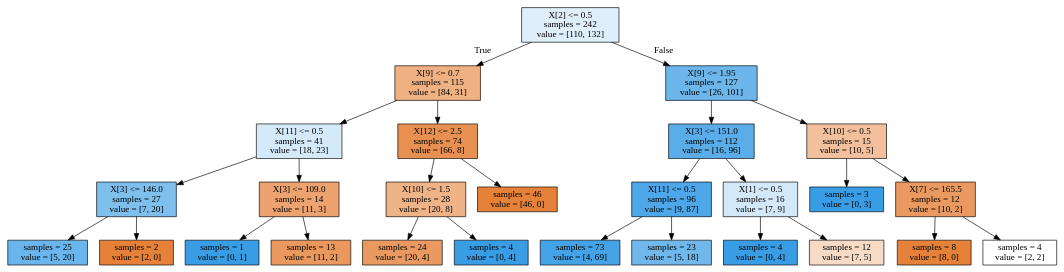
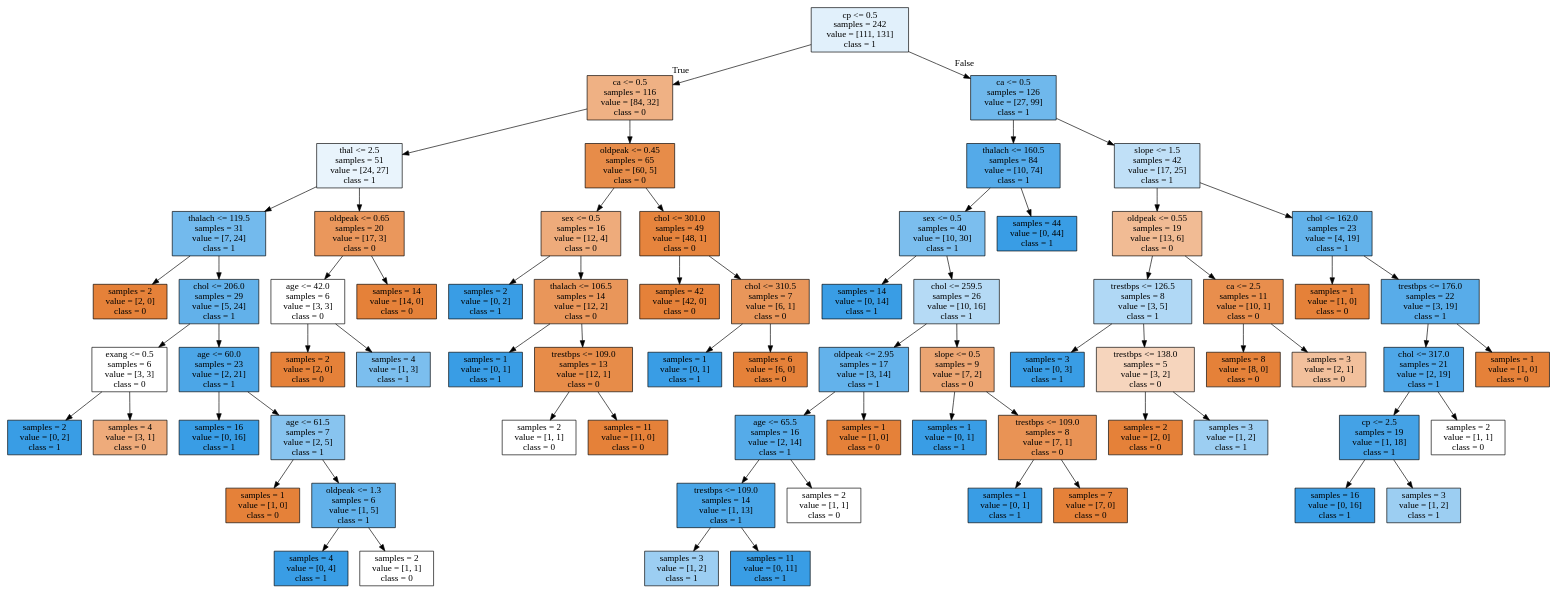
Before and after one commit to seibern/proyecto2_IA: the diagram in IA/arbol.dot, drawn with Graphviz. The commit also changed 3 other files, not shown here.

```diff
--- a/IA/arbol.dot
+++ b/IA/arbol.dot
@@ -1,56 +1,144 @@
 digraph Tree {
 node [shape=box, style="filled", color="black"] ;
-0 [label="X[2] <= 0.5\nsamples = 242\nvalue = [110, 132]", fillcolor="#deeffb"] ;
-1 [label="X[9] <= 0.7\nsamples = 115\nvalue = [84, 31]", fillcolor="#efb082"] ;
+0 [label="cp <= 0.5\nsamples = 242\nvalue = [111, 131]\nclass = 1", fillcolor="#e1f0fb"] ;
+1 [label="ca <= 0.5\nsamples = 116\nvalue = [84, 32]\nclass = 0", fillcolor="#efb184"] ;
 0 -> 1 [labeldistance=2.5, labelangle=45, headlabel="True"] ;
-2 [label="X[11] <= 0.5\nsamples = 41\nvalue = [18, 23]", fillcolor="#d4eaf9"] ;
+2 [label="thal <= 2.5\nsamples = 51\nvalue = [24, 27]\nclass = 1", fillcolor="#e9f4fc"] ;
 1 -> 2 ;
-3 [label="X[3] <= 146.0\nsamples = 27\nvalue = [7, 20]", fillcolor="#7ebfee"] ;
+3 [label="thalach <= 119.5\nsamples = 31\nvalue = [7, 24]\nclass = 1", fillcolor="#73baed"] ;
 2 -> 3 ;
-4 [label="samples = 25\nvalue = [5, 20]", fillcolor="#6ab6ec"] ;
+4 [label="samples = 2\nvalue = [2, 0]\nclass = 0", fillcolor="#e58139"] ;
 3 -> 4 ;
-5 [label="samples = 2\nvalue = [2, 0]", fillcolor="#e58139"] ;
+5 [label="chol <= 206.0\nsamples = 29\nvalue = [5, 24]\nclass = 1", fillcolor="#62b1ea"] ;
 3 -> 5 ;
-6 [label="X[3] <= 109.0\nsamples = 14\nvalue = [11, 3]", fillcolor="#eca36f"] ;
-2 -> 6 ;
-7 [label="samples = 1\nvalue = [0, 1]", fillcolor="#399de5"] ;
+6 [label="exang <= 0.5\nsamples = 6\nvalue = [3, 3]\nclass = 0", fillcolor="#ffffff"] ;
+5 -> 6 ;
+7 [label="samples = 2\nvalue = [0, 2]\nclass = 1", fillcolor="#399de5"] ;
 6 -> 7 ;
-8 [label="samples = 13\nvalue = [11, 2]", fillcolor="#ea985d"] ;
+8 [label="samples = 4\nvalue = [3, 1]\nclass = 0", fillcolor="#eeab7b"] ;
 6 -> 8 ;
-9 [label="X[12] <= 2.5\nsamples = 74\nvalue = [66, 8]", fillcolor="#e89051"] ;
-1 -> 9 ;
-10 [label="X[10] <= 1.5\nsamples = 28\nvalue = [20, 8]", fillcolor="#efb388"] ;
+9 [label="age <= 60.0\nsamples = 23\nvalue = [2, 21]\nclass = 1", fillcolor="#4ca6e7"] ;
+5 -> 9 ;
+10 [label="samples = 16\nvalue = [0, 16]\nclass = 1", fillcolor="#399de5"] ;
 9 -> 10 ;
-11 [label="samples = 24\nvalue = [20, 4]", fillcolor="#ea9a61"] ;
-10 -> 11 ;
-12 [label="samples = 4\nvalue = [0, 4]", fillcolor="#399de5"] ;
-10 -> 12 ;
-13 [label="samples = 46\nvalue = [46, 0]", fillcolor="#e58139"] ;
-9 -> 13 ;
-14 [label="X[9] <= 1.95\nsamples = 127\nvalue = [26, 101]", fillcolor="#6cb6ec"] ;
-0 -> 14 [labeldistance=2.5, labelangle=-45, headlabel="False"] ;
-15 [label="X[3] <= 151.0\nsamples = 112\nvalue = [16, 96]", fillcolor="#5aade9"] ;
-14 -> 15 ;
-16 [label="X[11] <= 0.5\nsamples = 96\nvalue = [9, 87]", fillcolor="#4da7e8"] ;
-15 -> 16 ;
-17 [label="samples = 73\nvalue = [4, 69]", fillcolor="#44a3e7"] ;
+11 [label="age <= 61.5\nsamples = 7\nvalue = [2, 5]\nclass = 1", fillcolor="#88c4ef"] ;
+9 -> 11 ;
+12 [label="samples = 1\nvalue = [1, 0]\nclass = 0", fillcolor="#e58139"] ;
+11 -> 12 ;
+13 [label="oldpeak <= 1.3\nsamples = 6\nvalue = [1, 5]\nclass = 1", fillcolor="#61b1ea"] ;
+11 -> 13 ;
+14 [label="samples = 4\nvalue = [0, 4]\nclass = 1", fillcolor="#399de5"] ;
+13 -> 14 ;
+15 [label="samples = 2\nvalue = [1, 1]\nclass = 0", fillcolor="#ffffff"] ;
+13 -> 15 ;
+16 [label="oldpeak <= 0.65\nsamples = 20\nvalue = [17, 3]\nclass = 0", fillcolor="#ea975c"] ;
+2 -> 16 ;
+17 [label="age <= 42.0\nsamples = 6\nvalue = [3, 3]\nclass = 0", fillcolor="#ffffff"] ;
 16 -> 17 ;
-18 [label="samples = 23\nvalue = [5, 18]", fillcolor="#70b8ec"] ;
-16 -> 18 ;
-19 [label="X[1] <= 0.5\nsamples = 16\nvalue = [7, 9]", fillcolor="#d3e9f9"] ;
-15 -> 19 ;
-20 [label="samples = 4\nvalue = [0, 4]", fillcolor="#399de5"] ;
-19 -> 20 ;
-21 [label="samples = 12\nvalue = [7, 5]", fillcolor="#f8dbc6"] ;
-19 -> 21 ;
-22 [label="X[10] <= 0.5\nsamples = 15\nvalue = [10, 5]", fillcolor="#f2c09c"] ;
-14 -> 22 ;
-23 [label="samples = 3\nvalue = [0, 3]", fillcolor="#399de5"] ;
+18 [label="samples = 2\nvalue = [2, 0]\nclass = 0", fillcolor="#e58139"] ;
+17 -> 18 ;
+19 [label="samples = 4\nvalue = [1, 3]\nclass = 1", fillcolor="#7bbeee"] ;
+17 -> 19 ;
+20 [label="samples = 14\nvalue = [14, 0]\nclass = 0", fillcolor="#e58139"] ;
+16 -> 20 ;
+21 [label="oldpeak <= 0.45\nsamples = 65\nvalue = [60, 5]\nclass = 0", fillcolor="#e78c49"] ;
+1 -> 21 ;
+22 [label="sex <= 0.5\nsamples = 16\nvalue = [12, 4]\nclass = 0", fillcolor="#eeab7b"] ;
+21 -> 22 ;
+23 [label="samples = 2\nvalue = [0, 2]\nclass = 1", fillcolor="#399de5"] ;
 22 -> 23 ;
-24 [label="X[7] <= 165.5\nsamples = 12\nvalue = [10, 2]", fillcolor="#ea9a61"] ;
+24 [label="thalach <= 106.5\nsamples = 14\nvalue = [12, 2]\nclass = 0", fillcolor="#e9965a"] ;
 22 -> 24 ;
-25 [label="samples = 8\nvalue = [8, 0]", fillcolor="#e58139"] ;
+25 [label="samples = 1\nvalue = [0, 1]\nclass = 1", fillcolor="#399de5"] ;
 24 -> 25 ;
-26 [label="samples = 4\nvalue = [2, 2]", fillcolor="#ffffff"] ;
+26 [label="trestbps <= 109.0\nsamples = 13\nvalue = [12, 1]\nclass = 0", fillcolor="#e78c49"] ;
 24 -> 26 ;
+27 [label="samples = 2\nvalue = [1, 1]\nclass = 0", fillcolor="#ffffff"] ;
+26 -> 27 ;
+28 [label="samples = 11\nvalue = [11, 0]\nclass = 0", fillcolor="#e58139"] ;
+26 -> 28 ;
+29 [label="chol <= 301.0\nsamples = 49\nvalue = [48, 1]\nclass = 0", fillcolor="#e6843d"] ;
+21 -> 29 ;
+30 [label="samples = 42\nvalue = [42, 0]\nclass = 0", fillcolor="#e58139"] ;
+29 -> 30 ;
+31 [label="chol <= 310.5\nsamples = 7\nvalue = [6, 1]\nclass = 0", fillcolor="#e9965a"] ;
+29 -> 31 ;
+32 [label="samples = 1\nvalue = [0, 1]\nclass = 1", fillcolor="#399de5"] ;
+31 -> 32 ;
+33 [label="samples = 6\nvalue = [6, 0]\nclass = 0", fillcolor="#e58139"] ;
+31 -> 33 ;
+34 [label="ca <= 0.5\nsamples = 126\nvalue = [27, 99]\nclass = 1", fillcolor="#6fb8ec"] ;
+0 -> 34 [labeldistance=2.5, labelangle=-45, headlabel="False"] ;
+35 [label="thalach <= 160.5\nsamples = 84\nvalue = [10, 74]\nclass = 1", fillcolor="#54aae9"] ;
+34 -> 35 ;
+36 [label="sex <= 0.5\nsamples = 40\nvalue = [10, 30]\nclass = 1", fillcolor="#7bbeee"] ;
+35 -> 36 ;
+37 [label="samples = 14\nvalue = [0, 14]\nclass = 1", fillcolor="#399de5"] ;
+36 -> 37 ;
+38 [label="chol <= 259.5\nsamples = 26\nvalue = [10, 16]\nclass = 1", fillcolor="#b5daf5"] ;
+36 -> 38 ;
+39 [label="oldpeak <= 2.95\nsamples = 17\nvalue = [3, 14]\nclass = 1", fillcolor="#63b2eb"] ;
+38 -> 39 ;
+40 [label="age <= 65.5\nsamples = 16\nvalue = [2, 14]\nclass = 1", fillcolor="#55abe9"] ;
+39 -> 40 ;
+41 [label="trestbps <= 109.0\nsamples = 14\nvalue = [1, 13]\nclass = 1", fillcolor="#48a5e7"] ;
+40 -> 41 ;
+42 [label="samples = 3\nvalue = [1, 2]\nclass = 1", fillcolor="#9ccef2"] ;
+41 -> 42 ;
+43 [label="samples = 11\nvalue = [0, 11]\nclass = 1", fillcolor="#399de5"] ;
+41 -> 43 ;
+44 [label="samples = 2\nvalue = [1, 1]\nclass = 0", fillcolor="#ffffff"] ;
+40 -> 44 ;
+45 [label="samples = 1\nvalue = [1, 0]\nclass = 0", fillcolor="#e58139"] ;
+39 -> 45 ;
+46 [label="slope <= 0.5\nsamples = 9\nvalue = [7, 2]\nclass = 0", fillcolor="#eca572"] ;
+38 -> 46 ;
+47 [label="samples = 1\nvalue = [0, 1]\nclass = 1", fillcolor="#399de5"] ;
+46 -> 47 ;
+48 [label="trestbps <= 109.0\nsamples = 8\nvalue = [7, 1]\nclass = 0", fillcolor="#e99355"] ;
+46 -> 48 ;
+49 [label="samples = 1\nvalue = [0, 1]\nclass = 1", fillcolor="#399de5"] ;
+48 -> 49 ;
+50 [label="samples = 7\nvalue = [7, 0]\nclass = 0", fillcolor="#e58139"] ;
+48 -> 50 ;
+51 [label="samples = 44\nvalue = [0, 44]\nclass = 1", fillcolor="#399de5"] ;
+35 -> 51 ;
+52 [label="slope <= 1.5\nsamples = 42\nvalue = [17, 25]\nclass = 1", fillcolor="#c0e0f7"] ;
+34 -> 52 ;
+53 [label="oldpeak <= 0.55\nsamples = 19\nvalue = [13, 6]\nclass = 0", fillcolor="#f1bb94"] ;
+52 -> 53 ;
+54 [label="trestbps <= 126.5\nsamples = 8\nvalue = [3, 5]\nclass = 1", fillcolor="#b0d8f5"] ;
+53 -> 54 ;
+55 [label="samples = 3\nvalue = [0, 3]\nclass = 1", fillcolor="#399de5"] ;
+54 -> 55 ;
+56 [label="trestbps <= 138.0\nsamples = 5\nvalue = [3, 2]\nclass = 0", fillcolor="#f6d5bd"] ;
+54 -> 56 ;
+57 [label="samples = 2\nvalue = [2, 0]\nclass = 0", fillcolor="#e58139"] ;
+56 -> 57 ;
+58 [label="samples = 3\nvalue = [1, 2]\nclass = 1", fillcolor="#9ccef2"] ;
+56 -> 58 ;
+59 [label="ca <= 2.5\nsamples = 11\nvalue = [10, 1]\nclass = 0", fillcolor="#e88e4d"] ;
+53 -> 59 ;
+60 [label="samples = 8\nvalue = [8, 0]\nclass = 0", fillcolor="#e58139"] ;
+59 -> 60 ;
+61 [label="samples = 3\nvalue = [2, 1]\nclass = 0", fillcolor="#f2c09c"] ;
+59 -> 61 ;
+62 [label="chol <= 162.0\nsamples = 23\nvalue = [4, 19]\nclass = 1", fillcolor="#63b2ea"] ;
+52 -> 62 ;
+63 [label="samples = 1\nvalue = [1, 0]\nclass = 0", fillcolor="#e58139"] ;
+62 -> 63 ;
+64 [label="trestbps <= 176.0\nsamples = 22\nvalue = [3, 19]\nclass = 1", fillcolor="#58ace9"] ;
+62 -> 64 ;
+65 [label="chol <= 317.0\nsamples = 21\nvalue = [2, 19]\nclass = 1", fillcolor="#4ea7e8"] ;
+64 -> 65 ;
+66 [label="cp <= 2.5\nsamples = 19\nvalue = [1, 18]\nclass = 1", fillcolor="#44a2e6"] ;
+65 -> 66 ;
+67 [label="samples = 16\nvalue = [0, 16]\nclass = 1", fillcolor="#399de5"] ;
+66 -> 67 ;
+68 [label="samples = 3\nvalue = [1, 2]\nclass = 1", fillcolor="#9ccef2"] ;
+66 -> 68 ;
+69 [label="samples = 2\nvalue = [1, 1]\nclass = 0", fillcolor="#ffffff"] ;
+65 -> 69 ;
+70 [label="samples = 1\nvalue = [1, 0]\nclass = 0", fillcolor="#e58139"] ;
+64 -> 70 ;
 }
```
